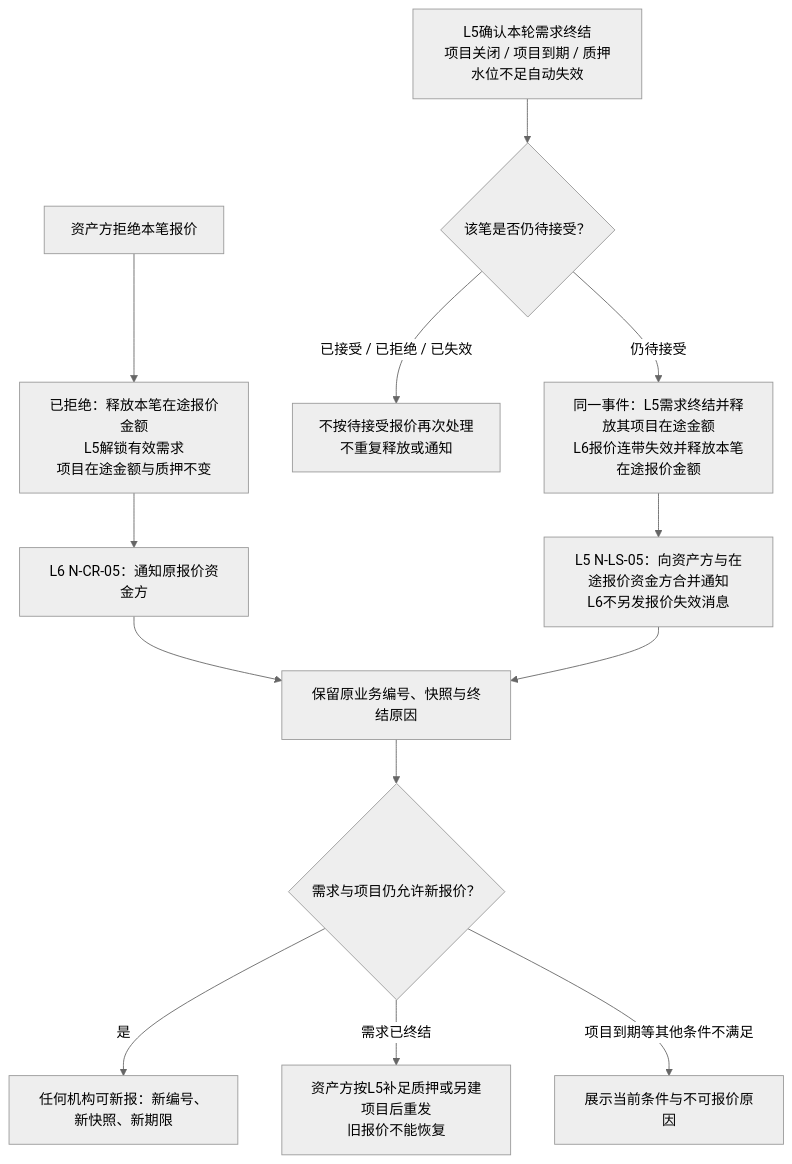
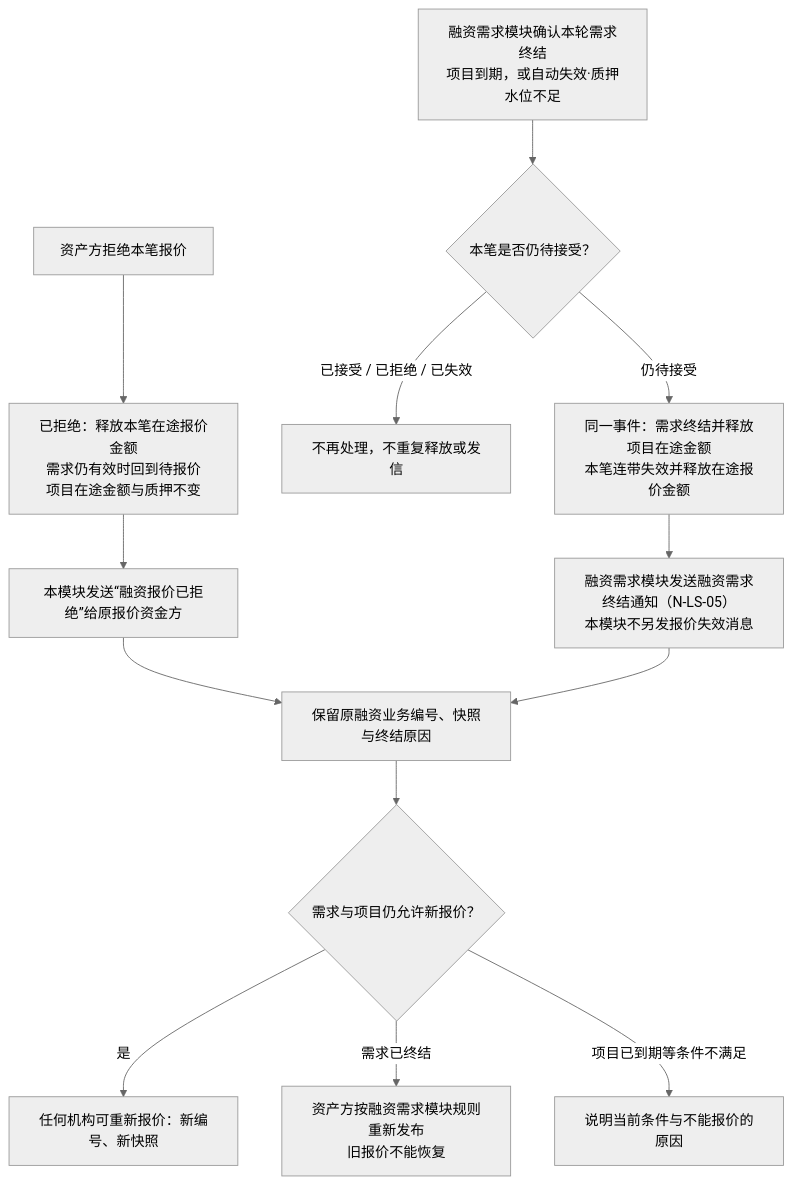
The third of 8 diagrams in lending-platform/PRD/面客端/06-借贷广场-授信报价与接受拒绝/02-授信报价与接受拒绝-流程图与状态机.md (wxblockchain/Chain-Financing), drawn with Mermaid (neutral theme) before and after one commit. The commit also changed other lines of this file and 6 other files, not shown here.

````diff
--- a/lending-platform/PRD/面客端/06-借贷广场-授信报价与接受拒绝/02-授信报价与接受拒绝-流程图与状态机.md
+++ b/lending-platform/PRD/面客端/06-借贷广场-授信报价与接受拒绝/02-授信报价与接受拒绝-流程图与状态机.md
@@ -73,15 +77,15 @@
 ```mermaid
 flowchart TD
-  A["资产方拒绝本笔报价"] --> A1["已拒绝：释放本笔在途报价金额<br/>L5解锁有效需求<br/>项目在途金额与质押不变"]
-  B["L5确认本轮需求终结<br/>项目关闭 / 项目到期 / 质押水位不足自动失效"] --> C{"该笔是否仍待接受？"}
-  C -- "已接受 / 已拒绝 / 已失效" --> N["不按待接受报价再次处理<br/>不重复释放或通知"]
-  C -- "仍待接受" --> F["同一事件：L5需求终结并释放其项目在途金额<br/>L6报价连带失效并释放本笔在途报价金额"]
-  F --> F1["L5 N-LS-05：向资产方与在途报价资金方合并通知<br/>L6不另发报价失效消息"]
-  A1 --> A2["L6 N-CR-05：通知原报价资金方"]
-  A2 --> G["保留原业务编号、快照与终结原因"]
+  A["资产方拒绝本笔报价"] --> A1["已拒绝：释放本笔在途报价金额<br/>需求仍有效时回到待报价<br/>项目在途金额与质押不变"]
+  A1 --> A2["本模块发送“融资报价已拒绝”给原报价资金方"]
+  B["融资需求模块确认本轮需求终结<br/>项目到期，或自动失效·质押水位不足"] --> C{"本笔是否仍待接受？"}
+  C -- "已接受 / 已拒绝 / 已失效" --> N["不再处理，不重复释放或发信"]
+  C -- "仍待接受" --> F["同一事件：需求终结并释放项目在途金额<br/>本笔连带失效并释放在途报价金额"]
+  F --> F1["融资需求模块发送融资需求终结通知（N-LS-05）<br/>本模块不另发报价失效消息"]
+  A2 --> G["保留原融资业务编号、快照与终结原因"]
   F1 --> G
   G --> H{"需求与项目仍允许新报价？"}
-  H -- "是" --> I["任何机构可新报：新编号、新快照、新期限"]
-  H -- "需求已终结" --> J["资产方按L5补足质押或另建项目后重发<br/>旧报价不能恢复"]
-  H -- "项目到期等其他条件不满足" --> K["展示当前条件与不可报价原因"]
+  H -- "是" --> I["任何机构可重新报价：新编号、新快照"]
+  H -- "需求已终结" --> J["资产方按融资需求模块规则重新发布<br/>旧报价不能恢复"]
+  H -- "项目已到期等条件不满足" --> K["说明当前条件与不能报价的原因"]
 ```
````
